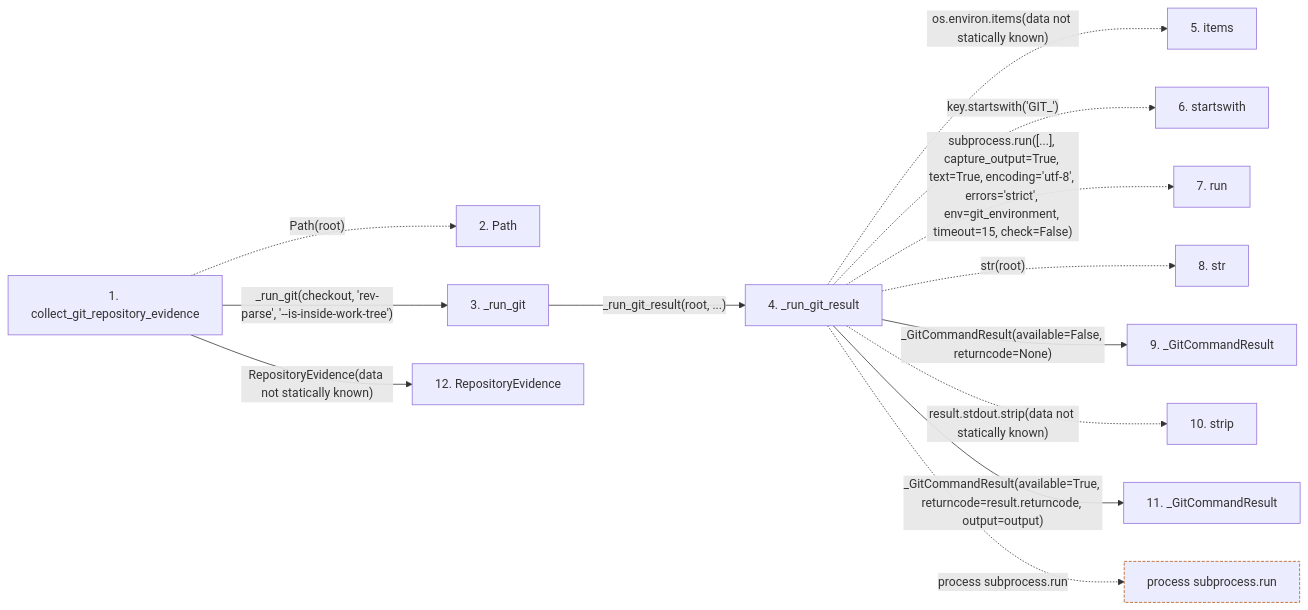
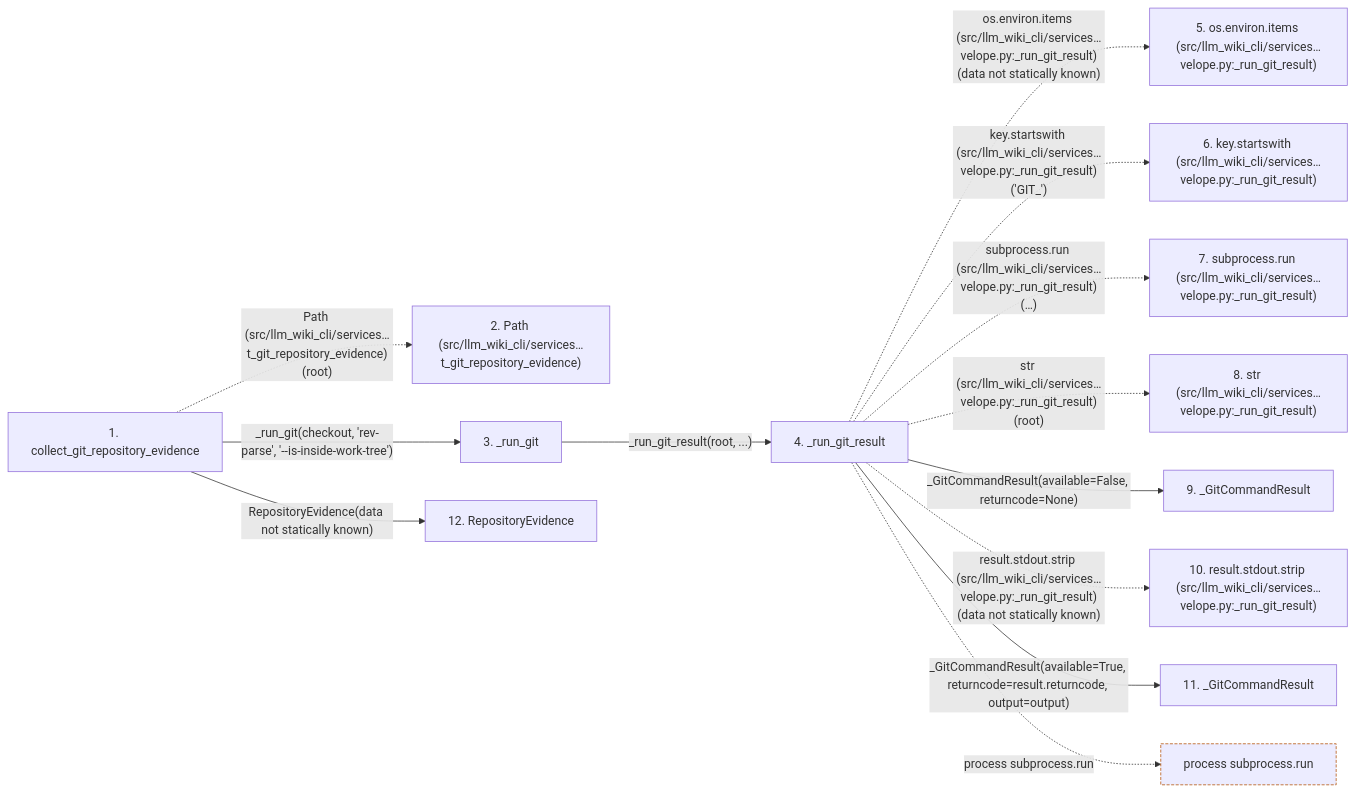
Before and after one commit to Denissvgn/python-wiki-llm: the second of 2 diagrams in docs/llm_wiki/flows/api-collect_git_repository_evidence.md, drawn with Mermaid. The commit also changed other lines of this file and 719 other files, not shown here.

````diff
--- a/docs/llm_wiki/flows/api-collect_git_repository_evidence.md
+++ b/docs/llm_wiki/flows/api-collect_git_repository_evidence.md
@@ -68,36 +71,36 @@
 ```mermaid
 flowchart LR
     s1["1. collect_git_repository_evidence"]
-    s2["2. Path"]
+    s2["2. Path (src/llm_wiki_cli/services…t_git_repository_evidence)"]
     s3["3. _run_git"]
     s4["4. _run_git_result"]
-    s5["5. items"]
-    s6["6. startswith"]
-    s7["7. run"]
-    s8["8. str"]
+    s5["5. os.environ.items (src/llm_wiki_cli/services…velope.py:_run_git_result)"]
+    s6["6. key.startswith (src/llm_wiki_cli/services…velope.py:_run_git_result)"]
+    s7["7. subprocess.run (src/llm_wiki_cli/services…velope.py:_run_git_result)"]
+    s8["8. str (src/llm_wiki_cli/services…velope.py:_run_git_result)"]
     s9["9. _GitCommandResult"]
-    s10["10. strip"]
+    s10["10. result.stdout.strip (src/llm_wiki_cli/services…velope.py:_run_git_result)"]
     s11["11. _GitCommandResult"]
     s12["12. RepositoryEvidence"]
-    s1 -. "Path(root)" .-> s2
+    s1 -. "Path (src/llm_wiki_cli/services…t_git_repository_evidence)(root)" .-> s2
     s1 -->|"_run_git(checkout, 'rev-parse', '--is-inside-work-tree')"| s3
     s3 -->|"_run_git_result(root, ...)"| s4
-    s4 -. "os.environ.items(data not statically known)" .-> s5
-    s4 -. "key.startswith('GIT_')" .-> s6
-    s4 -. "subprocess.run([...], capture_output=True, text=True, encoding='utf-8', errors='strict', env=git_environment, timeout=15, check=False)" .-> s7
-    s4 -. "str(root)" .-> s8
+    s4 -. "os.environ.items (src/llm_wiki_cli/services…velope.py:_run_git_result)(data not statically known)" .-> s5
+    s4 -. "key.startswith (src/llm_wiki_cli/services…velope.py:_run_git_result)('GIT_')" .-> s6
+    s4 -. "subprocess.run (src/llm_wiki_cli/services…velope.py:_run_git_result)(…)" .-> s7
+    s4 -. "str (src/llm_wiki_cli/services…velope.py:_run_git_result)(root)" .-> s8
     s4 -->|"_GitCommandResult(available=False, returncode=None)"| s9
-    s4 -. "result.stdout.strip(data not statically known)" .-> s10
+    s4 -. "result.stdout.strip (src/llm_wiki_cli/services…velope.py:_run_git_result)(data not statically known)" .-> s10
     s4 -->|"_GitCommandResult(available=True, returncode=result.returncode, output=output)"| s11
     s1 -->|"RepositoryEvidence(data not statically known)"| s12
     b0["process subprocess.run"]
     s4 -. "process subprocess.run" .-> b0
     click s1 "../modules/knowledge_envelope.md"
     click s3 "../modules/knowledge_envelope.md"
     click s4 "../modules/knowledge_envelope.md"
     click s9 "../modules/knowledge_envelope.md"
     click s11 "../modules/knowledge_envelope.md"
     click s12 "../modules/knowledge_envelope.md"
     classDef boundary stroke:#b45309,stroke-dasharray: 4 2
     class b0 boundary
 ```
````
